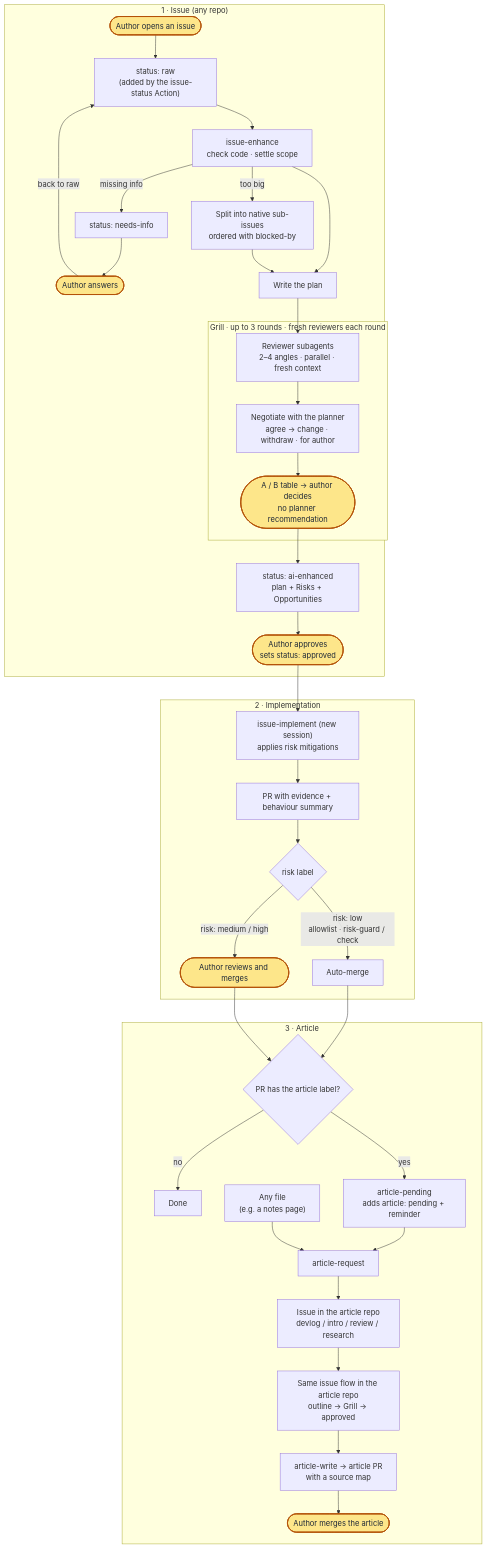
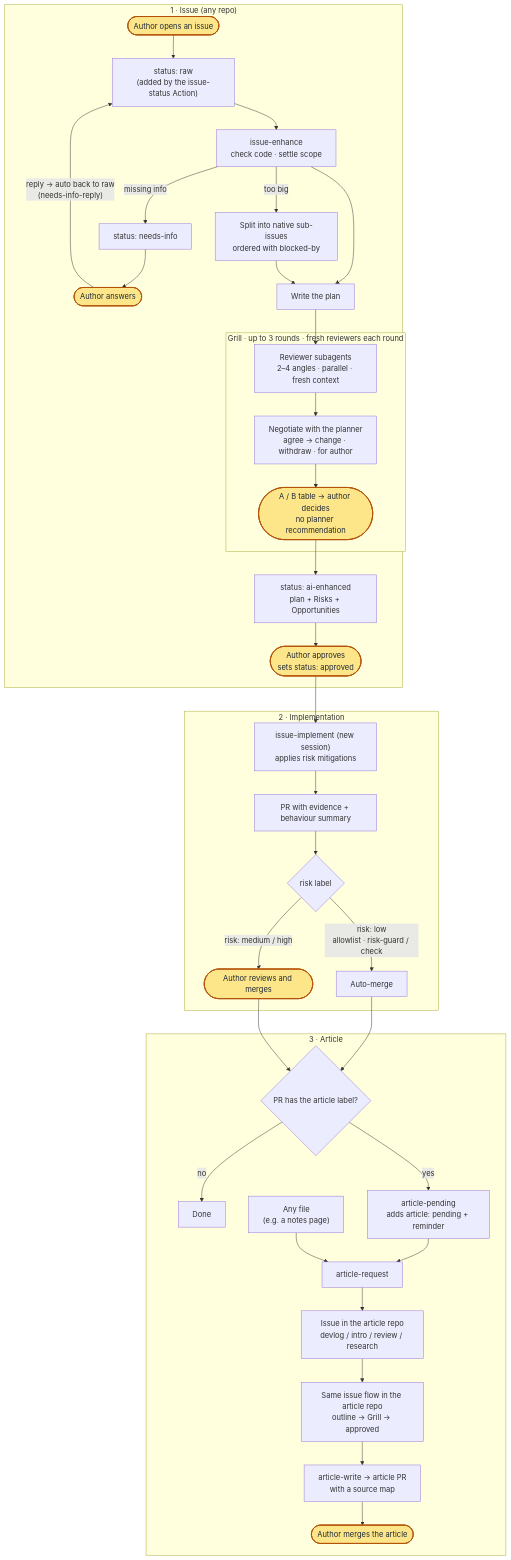
Before and after one commit to sean2249/skills: the diagram in README.md, drawn with Mermaid. The commit also changed other lines of this file and 5 other files, not shown here.

First line of the commit message:
Switch needs-info issues back to raw when the author replies

````diff
--- a/README.md
+++ b/README.md
@@ -43,43 +43,43 @@
 ```mermaid
 flowchart TD
   subgraph ISSUE["1 · Issue (any repo)"]
     A(["Author opens an issue"]):::author --> B["status: raw<br/>(added by the issue-status Action)"]
     B --> C["issue-enhance<br/>check code · settle scope"]
     C -->|missing info| D["status: needs-info"]
     D --> E(["Author answers"]):::author
-    E -->|back to raw| B
+    E -->|"reply → auto back to raw<br/>(needs-info-reply)"| B
     C -->|too big| F["Split into native sub-issues<br/>ordered with blocked-by"]
     C --> P["Write the plan"]
     F --> P
     subgraph GRILL["Grill · up to 3 rounds · fresh reviewers each round"]
       R1["Reviewer subagents<br/>2–4 angles · parallel · fresh context"] --> R2["Negotiate with the planner<br/>agree → change · withdraw · for author"]
       R2 --> R3(["A / B table → author decides<br/>no planner recommendation"]):::author
     end
     P --> R1
     R3 --> G["status: ai-enhanced<br/>plan + Risks + Opportunities"]
     G --> H(["Author approves<br/>sets status: approved"]):::author
   end
 
   subgraph IMPL["2 · Implementation"]
     H --> I["issue-implement (new session)<br/>applies risk mitigations"]
     I --> J["PR with evidence + behaviour summary"]
     J --> K{"risk label"}
     K -->|"risk: low<br/>allowlist · risk-guard / check"| L["Auto-merge"]
     K -->|"risk: medium / high"| M(["Author reviews and merges"]):::author
   end
 
   subgraph ART["3 · Article"]
     L --> N{"PR has the article label?"}
     M --> N
     N -->|no| Z["Done"]
     N -->|yes| O["article-pending<br/>adds article: pending + reminder"]
     O --> Q["article-request"]
     X["Any file<br/>(e.g. a notes page)"] --> Q
     Q --> S["Issue in the article repo<br/>devlog / intro / review / research"]
     S --> T["Same issue flow in the article repo<br/>outline → Grill → approved"]
     T --> U["article-write → article PR<br/>with a source map"]
     U --> V(["Author merges the article"]):::author
   end
 
   classDef author fill:#fde68a,stroke:#b45309,color:#1f2937,stroke-width:2px
 ```
````
